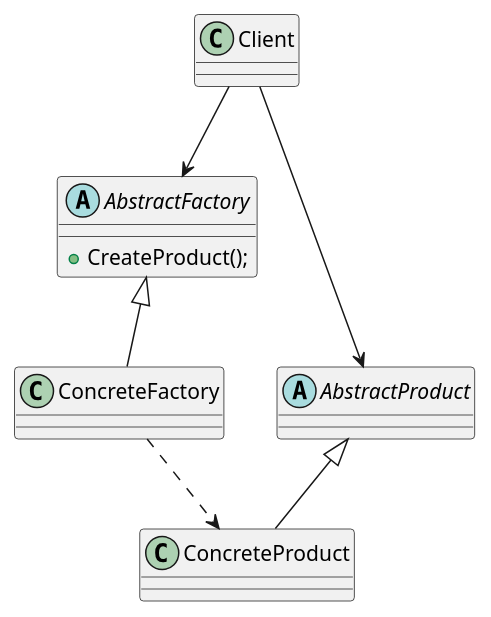
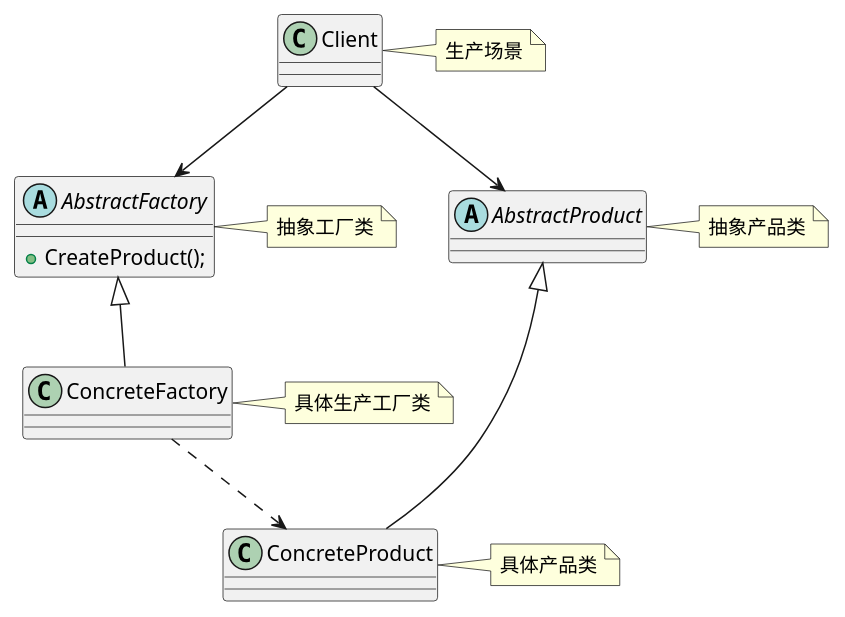
One commit to haoy1220/The-Zen-of-Design-Patterns changed the diagram in src/main/resources/AbstractFactory.puml. Above: the diagram before and after it, drawn with PlantUML. The commit also changed 5 other files, not shown here.

```diff
--- a/src/main/resources/AbstractFactory.puml
+++ b/src/main/resources/AbstractFactory.puml
@@ -1,24 +1,29 @@
 @startuml
 
 class Client{
 }
+note right of Client:生产场景
 
 abstract class AbstractFactory{
 + CreateProduct();
 }
+note right of AbstractFactory:抽象工厂类
 Client-->AbstractFactory
 Client-->AbstractProduct
 
 class ConcreteFactory{
 }
+note right of ConcreteFactory:具体生产工厂类
 AbstractFactory<|--ConcreteFactory
 
 abstract class AbstractProduct{
 }
+note right of AbstractProduct:抽象产品类
 
 class ConcreteProduct{
 }
+note right of ConcreteProduct:具体产品类
 AbstractProduct<|--ConcreteProduct
 
 ConcreteFactory..>ConcreteProduct
 @enduml
```
